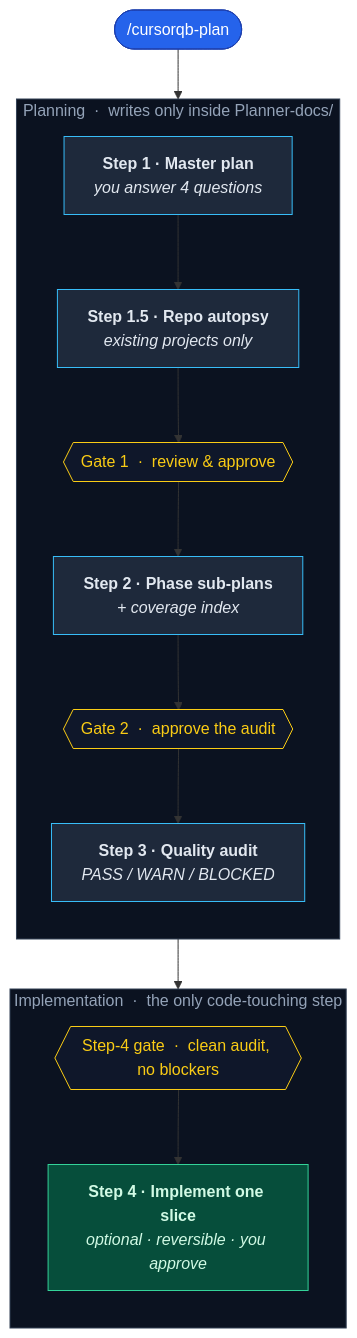
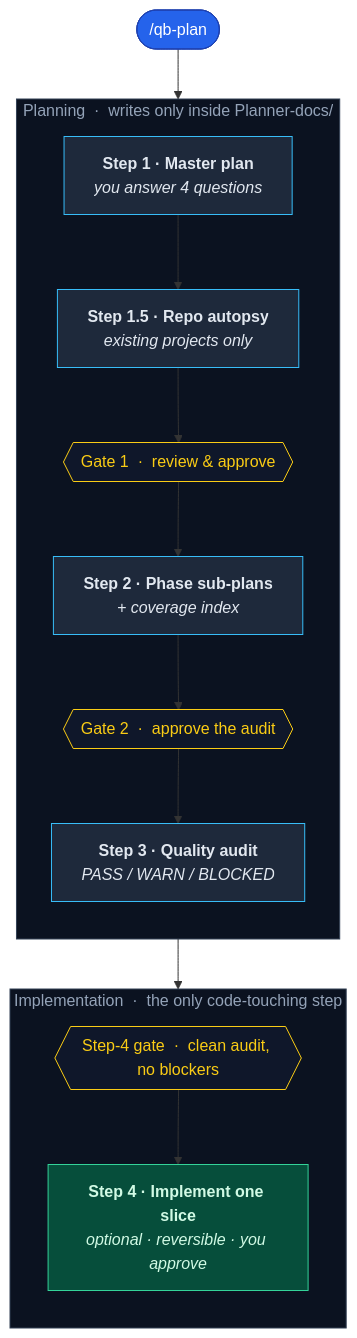
One commit to eserlxl/qb changed the diagram in platforms/cursor/README.md. Above: the diagram before and after it, drawn with Mermaid. The commit also changed other lines of this file and 104 other files, not shown here.

````diff
--- a/platforms/cursor/README.md
+++ b/platforms/cursor/README.md
@@ -79,29 +79,29 @@
 ```mermaid
 flowchart TD
-    Start(["/cursorqb-plan"]):::start
+    Start(["/qb-plan"]):::start
 
     subgraph PLAN["Planning &nbsp;·&nbsp; writes only inside Planner-docs/"]
         direction TB
         S1["<b>Step 1 · Master plan</b><br/><i>you answer 4 questions</i>"]:::step
         S15["<b>Step 1.5 · Repo autopsy</b><br/><i>existing projects only</i>"]:::step
         G1{{"Gate 1 &nbsp;·&nbsp; review &amp; approve"}}:::gate
         S2["<b>Step 2 · Phase sub-plans</b><br/><i>+ coverage index</i>"]:::step
         G2{{"Gate 2 &nbsp;·&nbsp; approve the audit"}}:::gate
         S3["<b>Step 3 · Quality audit</b><br/><i>PASS / WARN / BLOCKED</i>"]:::step
     end
 
     subgraph BUILD["Implementation &nbsp;·&nbsp; the only code-touching step"]
         direction TB
         G3{{"Step-4 gate &nbsp;·&nbsp; clean audit, no blockers"}}:::gate
         S4["<b>Step 4 · Implement one slice</b><br/><i>optional · reversible · you approve</i>"]:::build
     end
 
     Start --> S1 --> S15 --> G1 --> S2 --> G2 --> S3 --> G3 --> S4
 
     classDef start fill:#2563EB,stroke:#1E40AF,color:#FFFFFF;
     classDef step fill:#1E293B,stroke:#38BDF8,color:#E2E8F0;
     classDef gate fill:#0F172A,stroke:#FACC15,color:#FACC15;
     classDef build fill:#064E3B,stroke:#34D399,color:#D1FAE5;
     style PLAN fill:#0B1220,stroke:#334155,color:#94A3B8;
     style BUILD fill:#0B1220,stroke:#334155,color:#94A3B8;
 ```
````
